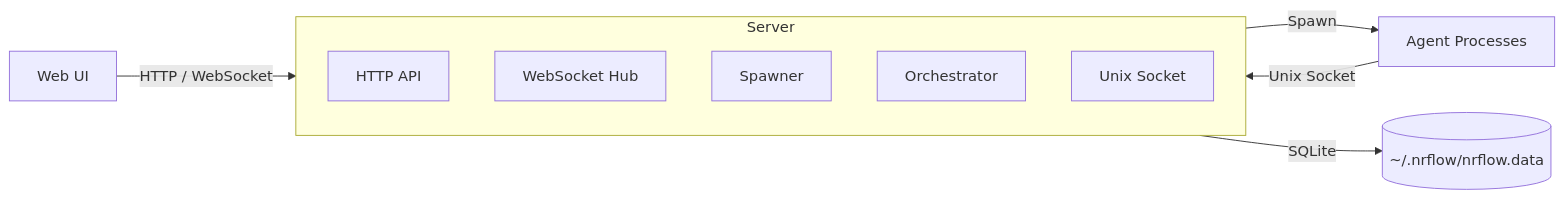
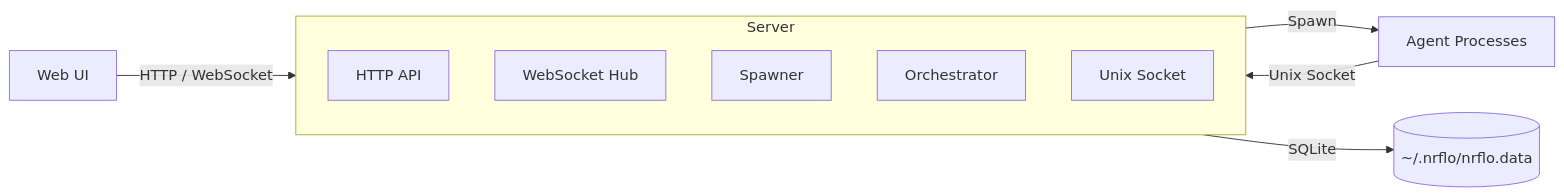
One commit to nrflo/nrflo changed the diagram in README.md. Above: the diagram before and after it, drawn with Mermaid. The commit also changed other lines of this file and 79 other files, not shown here.

First line of the commit message:
Rename product nrflow -> nrflo

````diff
--- a/README.md
+++ b/README.md
@@ -146,15 +146,15 @@
 ```mermaid
 graph LR
     UI[Web UI] -->|HTTP / WebSocket| Server
     Server -->|Spawn| Agents[Agent Processes]
     Agents -->|Unix Socket| Server
-    Server -->|SQLite| DB[(~/.nrflow/nrflow.data)]
+    Server -->|SQLite| DB[(~/.nrflo/nrflo.data)]
 
     subgraph Server
         API[HTTP API]
         WS[WebSocket Hub]
         Spawner
         Orchestrator
         Socket[Unix Socket]
     end
 ```
````
